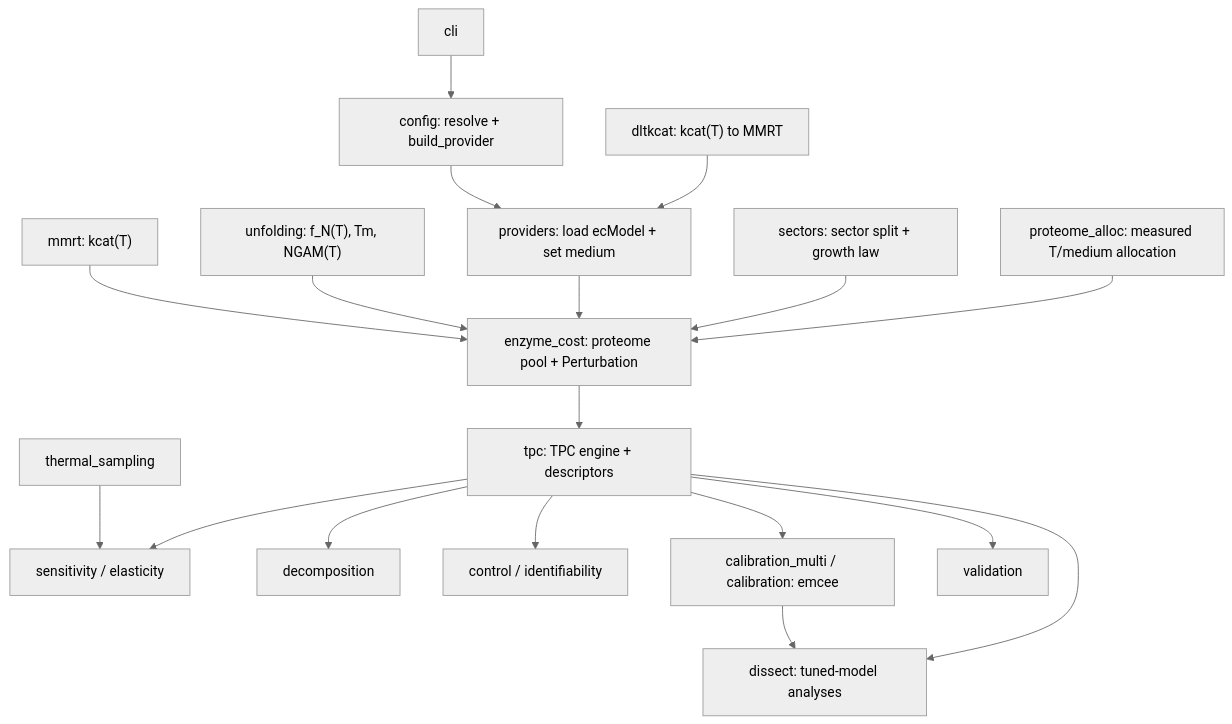
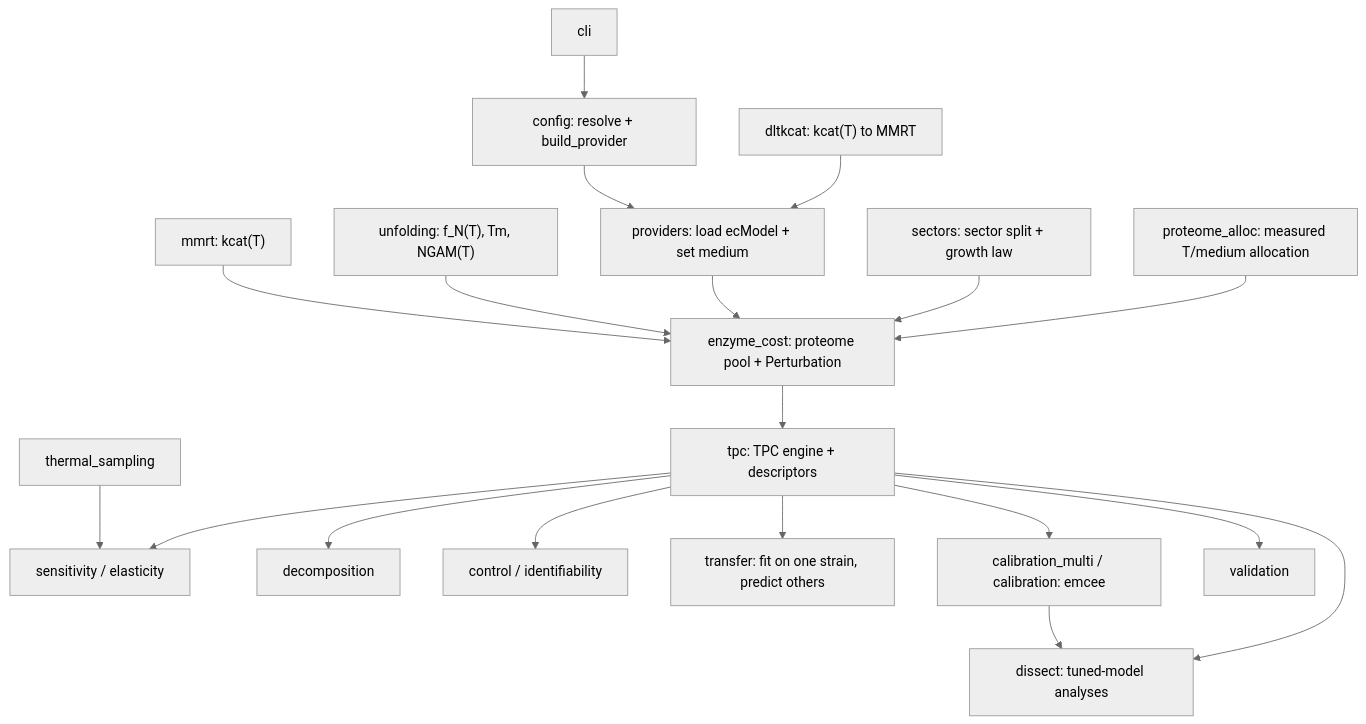
One commit to GabYvonDurocher/etcGEMs changed the diagram in README.md. Above: the diagram before and after it, drawn with Mermaid (neutral theme). The commit also changed other lines of this file and 1 other file, not shown here.

````diff
--- a/README.md
+++ b/README.md
@@ -156,20 +184,21 @@
 ```mermaid
 flowchart TD
   cli["cli"] --> config["config: resolve + build_provider"]
   config --> providers["providers: load ecModel + set medium"]
   dltkcat["dltkcat: kcat(T) to MMRT"] --> providers
   mmrt["mmrt: kcat(T)"] --> enzyme_cost
   unfolding["unfolding: f_N(T), Tm, NGAM(T)"] --> enzyme_cost
   providers --> enzyme_cost["enzyme_cost: proteome pool + Perturbation"]
   sectors["sectors: sector split + growth law"] --> enzyme_cost
   proteome_alloc["proteome_alloc: measured T/medium allocation"] --> enzyme_cost
   enzyme_cost --> tpc["tpc: TPC engine + descriptors"]
   thermal_sampling["thermal_sampling"] --> sensitivity
   tpc --> sensitivity["sensitivity / elasticity"]
   tpc --> decomposition["decomposition"]
   tpc --> control["control / identifiability"]
+  tpc --> transfer["transfer: fit on one strain, predict others"]
   tpc --> calmulti["calibration_multi / calibration: emcee"]
   tpc --> validation["validation"]
   calmulti --> dissect["dissect: tuned-model analyses"]
   tpc --> dissect
 ```
````
